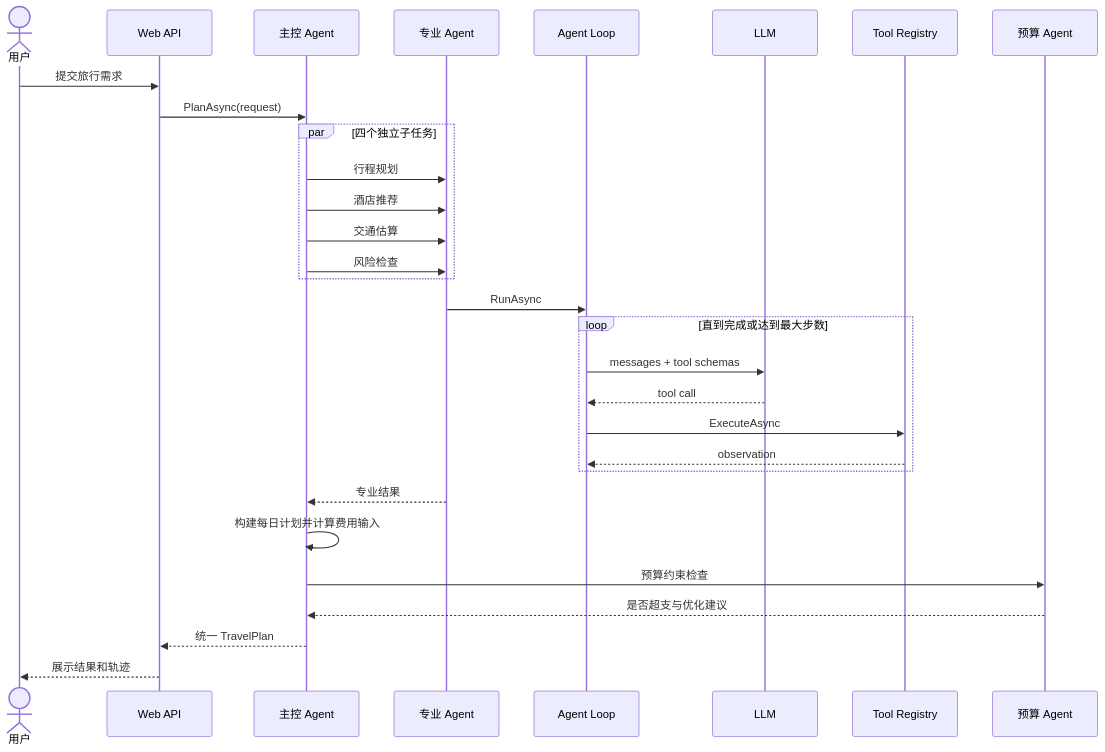
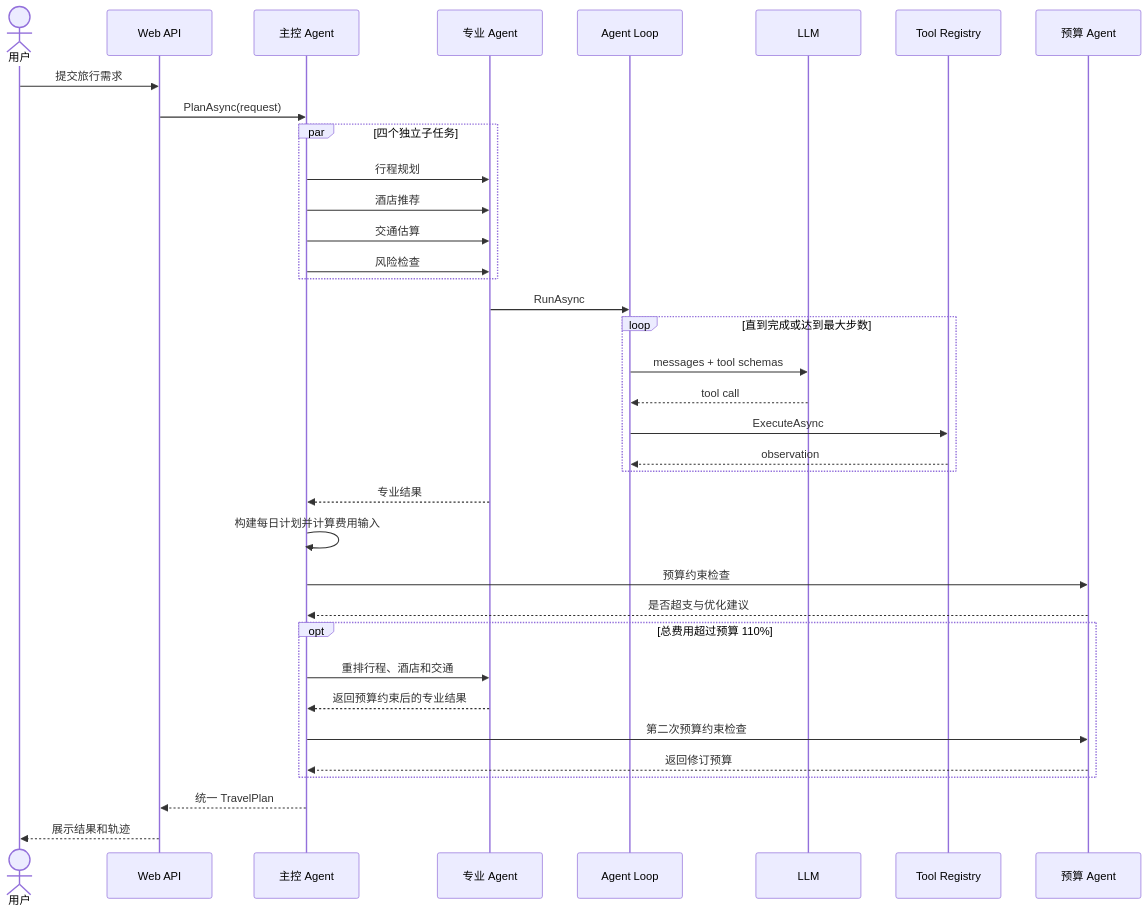
Before and after one commit to traveler703/DotNetAgentDev: the second of 5 diagrams in docs/架构设计.md, drawn with Mermaid. The commit also changed other lines of this file and 21 other files, not shown here.

````diff
--- a/docs/架构设计.md
+++ b/docs/架构设计.md
@@ -83,33 +83,39 @@
 ```mermaid
 sequenceDiagram
     actor User as 用户
     participant API as Web API
     participant C as 主控 Agent
     participant S as 专业 Agent
     participant L as Agent Loop
     participant M as LLM
     participant T as Tool Registry
     participant B as 预算 Agent
 
     User->>API: 提交旅行需求
     API->>C: PlanAsync(request)
     par 四个独立子任务
         C->>S: 行程规划
         C->>S: 酒店推荐
         C->>S: 交通估算
         C->>S: 风险检查
     end
     S->>L: RunAsync
     loop 直到完成或达到最大步数
         L->>M: messages + tool schemas
         M-->>L: tool call
         L->>T: ExecuteAsync
         T-->>L: observation
     end
     S-->>C: 专业结果
     C->>C: 构建每日计划并计算费用输入
     C->>B: 预算约束检查
     B-->>C: 是否超支与优化建议
+    opt 总费用超过预算 110%
+        C->>S: 重排行程、酒店和交通
+        S-->>C: 返回预算约束后的专业结果
+        C->>B: 第二次预算约束检查
+        B-->>C: 返回修订预算
+    end
     C-->>API: 统一 TravelPlan
     API-->>User: 展示结果和轨迹
 ```
````
